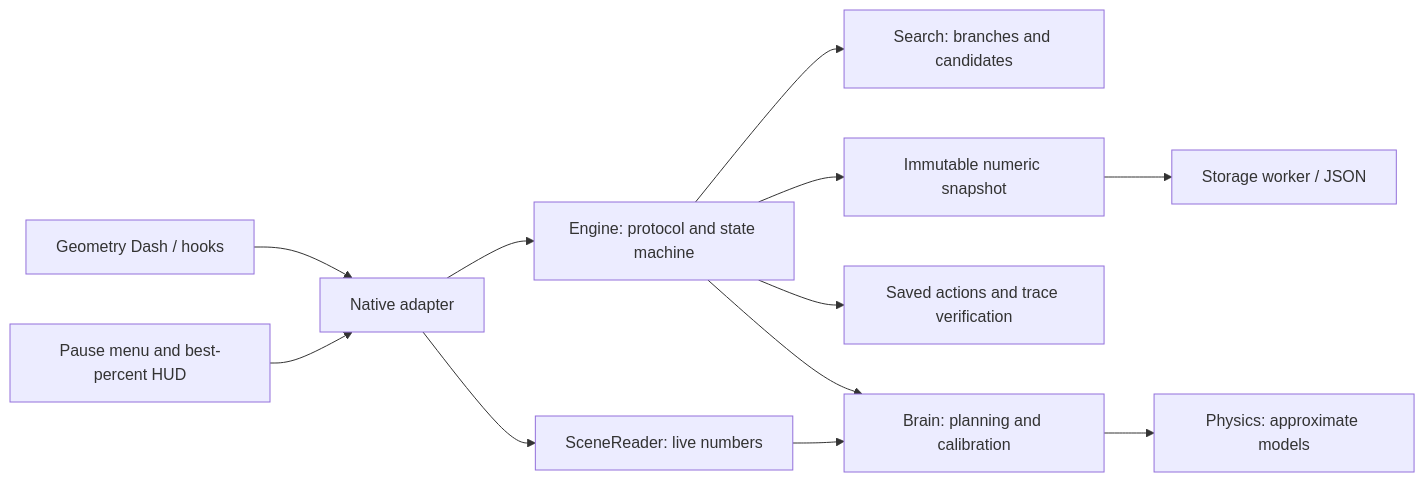
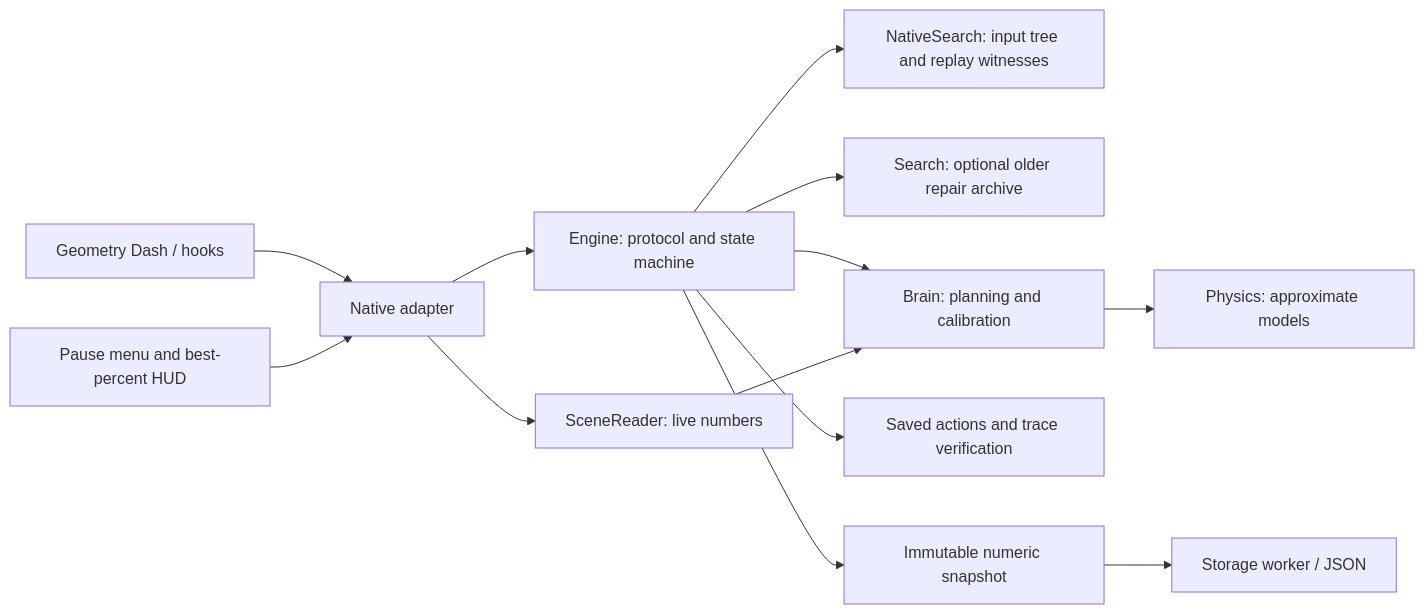
One commit to lexaaakorolevv-cyber/turbo-disco changed the diagram in ARCHITECTURE.md. Above: the diagram before and after it, drawn with Mermaid. The commit also changed other lines of this file and 23 other files, not shown here.

Commit message:
Implement native input-tree search with reset/replay backtracking and joint P1/P2 alternatives (2.1.0)

````diff
--- a/ARCHITECTURE.md
+++ b/ARCHITECTURE.md
@@ -3,14 +3,15 @@
 ```mermaid
 flowchart LR
     GD[Geometry Dash / hooks] --> Native[Native adapter]
     Native --> Engine[Engine: protocol and state machine]
     Native --> Scene[SceneReader: live numbers]
-    Engine --> Search[Search: branches and candidates]
+    Engine --> Tree[NativeSearch: input tree and replay witnesses]
+    Engine --> Search[Search: optional older repair archive]
     Engine --> Brain[Brain: planning and calibration]
     Scene --> Brain
     Brain --> Physics[Physics: approximate models]
     Engine --> Replay[Saved actions and trace verification]
     Engine --> Snapshot[Immutable numeric snapshot]
     Snapshot --> Storage[Storage worker / JSON]
     UI[Pause menu and best-percent HUD] --> Native
 ```
````
